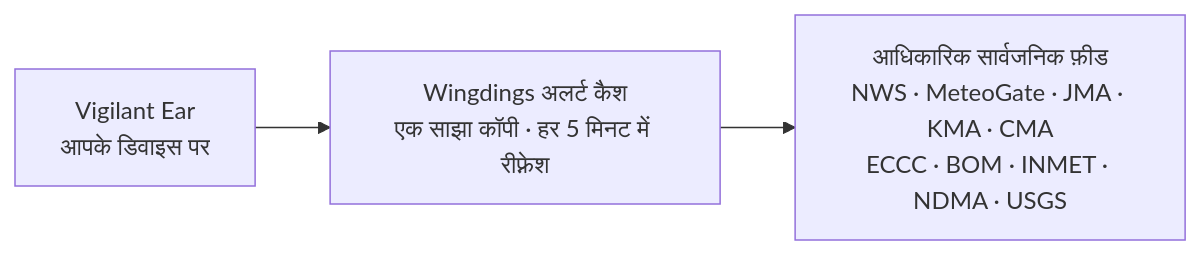
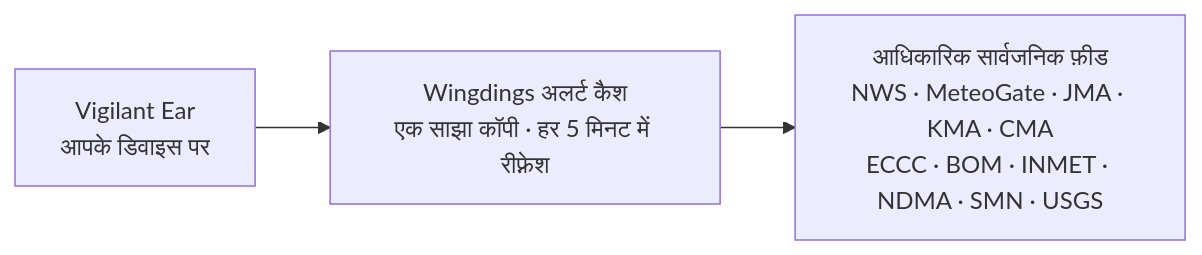
One commit to rpalm01-star/VigilantEarLegal changed the fourth of 4 diagrams in README_hi.md. Above: the diagram before and after it, drawn with Mermaid. The commit also changed other lines of this file and 44 other files, not shown here.

````diff
--- a/README_hi.md
+++ b/README_hi.md
@@ -171,5 +171,5 @@
 ```mermaid
 graph LR
     P1["Vigilant Ear<br/>आपके डिवाइस पर"] --> W["Wingdings अलर्ट कैश<br/>एक साझा कॉपी · हर 5 मिनट में रीफ़्रेश"]
-    W --> N["आधिकारिक सार्वजनिक फ़ीड<br/>NWS · MeteoGate · JMA · KMA · CMA<br/>ECCC · BOM · INMET · NDMA · USGS"]
+    W --> N["आधिकारिक सार्वजनिक फ़ीड<br/>NWS · MeteoGate · JMA · KMA · CMA<br/>ECCC · BOM · INMET · NDMA · SMN · USGS"]
 ```
````
